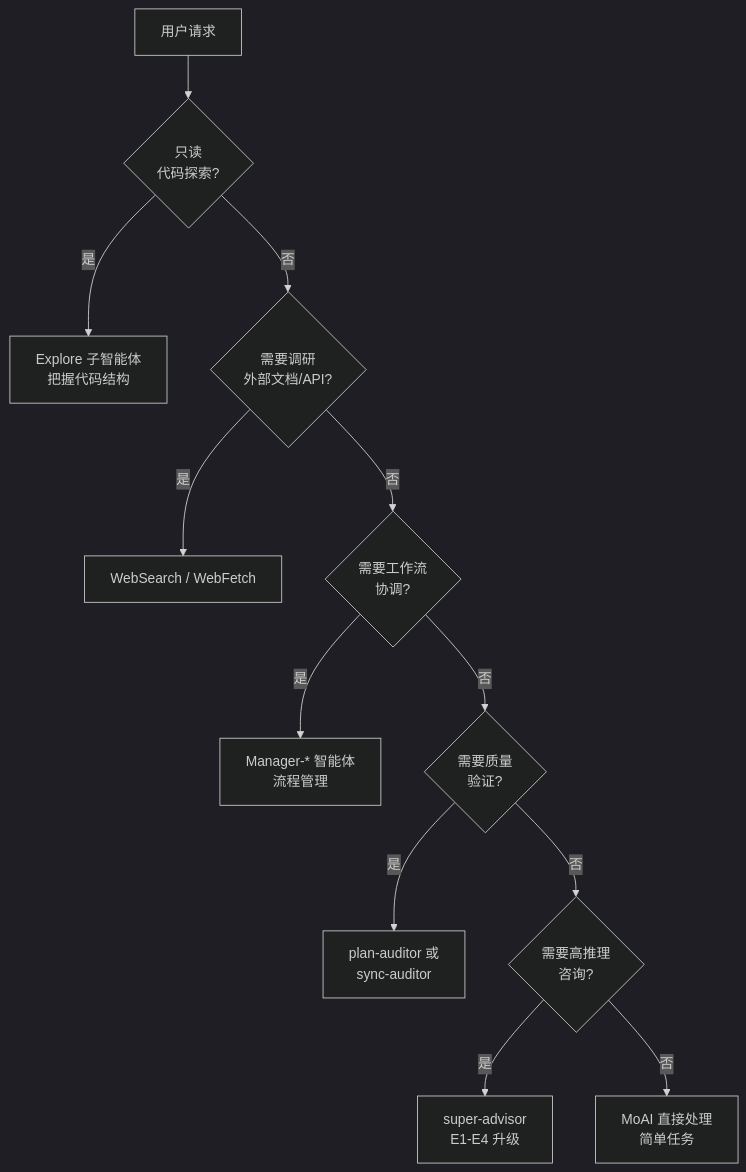
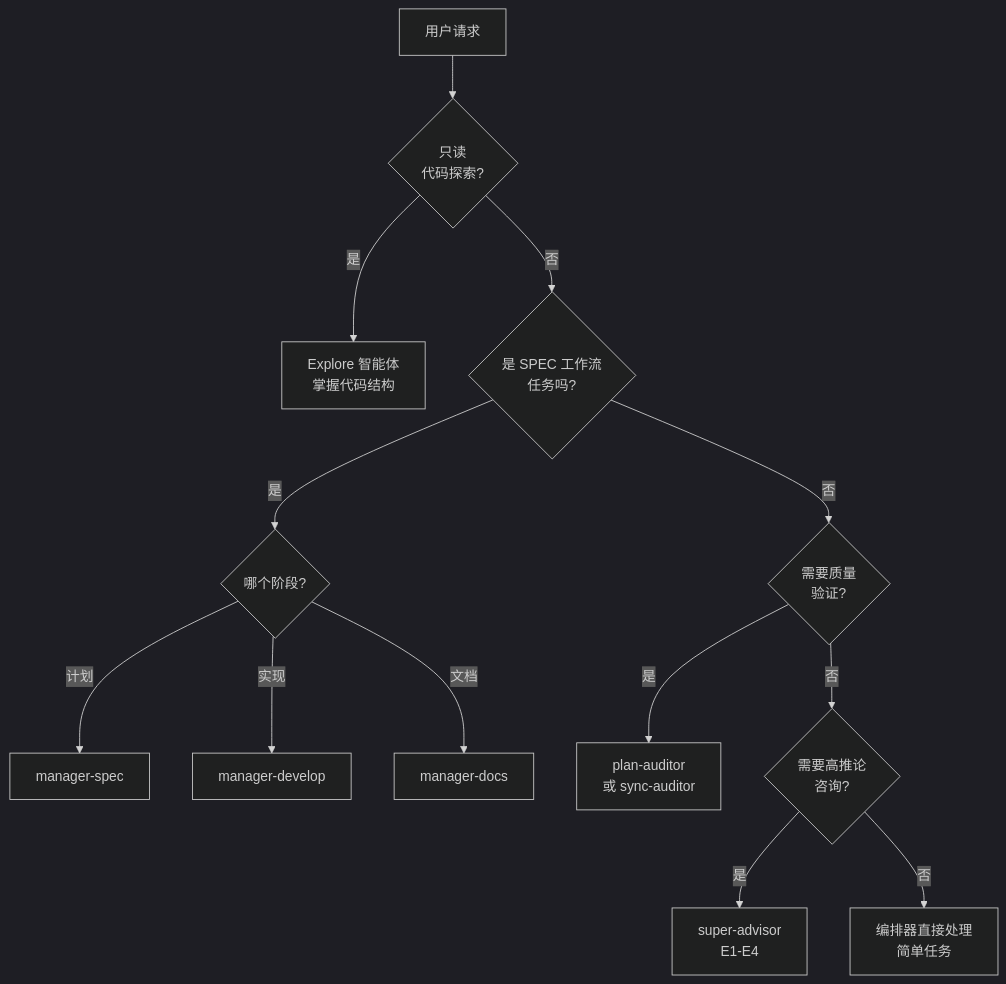
Before and after one commit to modu-ai/moai-adk: the second of 4 diagrams in docs-site/content/zh/advanced/agent-guide.md, drawn with Mermaid (dark theme). The commit also changed other lines of this file and 2 other files, not shown here.

First line of the commit message:
docs(SPEC-DOCS-HEADING-PARITY-001): M4 agent-guide fold 30→22 to ko structure (card t1328)

````diff
--- a/docs-site/content/zh/advanced/agent-guide.md
+++ b/docs-site/content/zh/advanced/agent-guide.md
@@ -111,19 +131,15 @@
 ```mermaid
 flowchart TD
-    START[用户请求] --> Q1{只读<br>代码探索?}
-
-    Q1 -->|是| EXPLORE["Explore 子智能体<br>把握代码结构"]
-    Q1 -->|否| Q2{需要调研<br>外部文档/API?}
-
-    Q2 -->|是| WEB["WebSearch / WebFetch"]
-    Q2 -->|否| Q3{需要工作流<br>协调?}
-
-    Q3 -->|是| MANAGER["Manager-* 智能体<br>流程管理"]
-    Q3 -->|否| Q4{需要质量<br>验证?}
-
-    Q4 -->|是| EVAL["plan-auditor 或<br>sync-auditor"]
-    Q4 -->|否| Q5{需要高推理<br>咨询?}
-
-    Q5 -->|是| ADVISOR["super-advisor<br>E1-E4 升级"]
-    Q5 -->|否| DIRECT["MoAI 直接处理<br>简单任务"]
+    START["用户请求"] --> Q1{"只读<br>代码探索?"}
+    Q1 -->|"是"| EXPLORE["Explore 智能体<br>掌握代码结构"]
+    Q1 -->|"否"| Q2{"是 SPEC 工作流<br>任务吗?"}
+    Q2 -->|"是"| Q3{"哪个阶段?"}
+    Q3 -->|"计划"| SPEC["manager-spec"]
+    Q3 -->|"实现"| DEV["manager-develop"]
+    Q3 -->|"文档"| DOCS["manager-docs"]
+    Q2 -->|"否"| Q4{"需要质量<br>验证?"}
+    Q4 -->|"是"| EV["plan-auditor<br>或 sync-auditor"]
+    Q4 -->|"否"| Q5{"需要高推论<br>咨询?"}
+    Q5 -->|"是"| ADV["super-advisor<br>E1-E4"]
+    Q5 -->|"否"| DIRECT["编排器直接处理<br>简单任务"]
 ```
````
